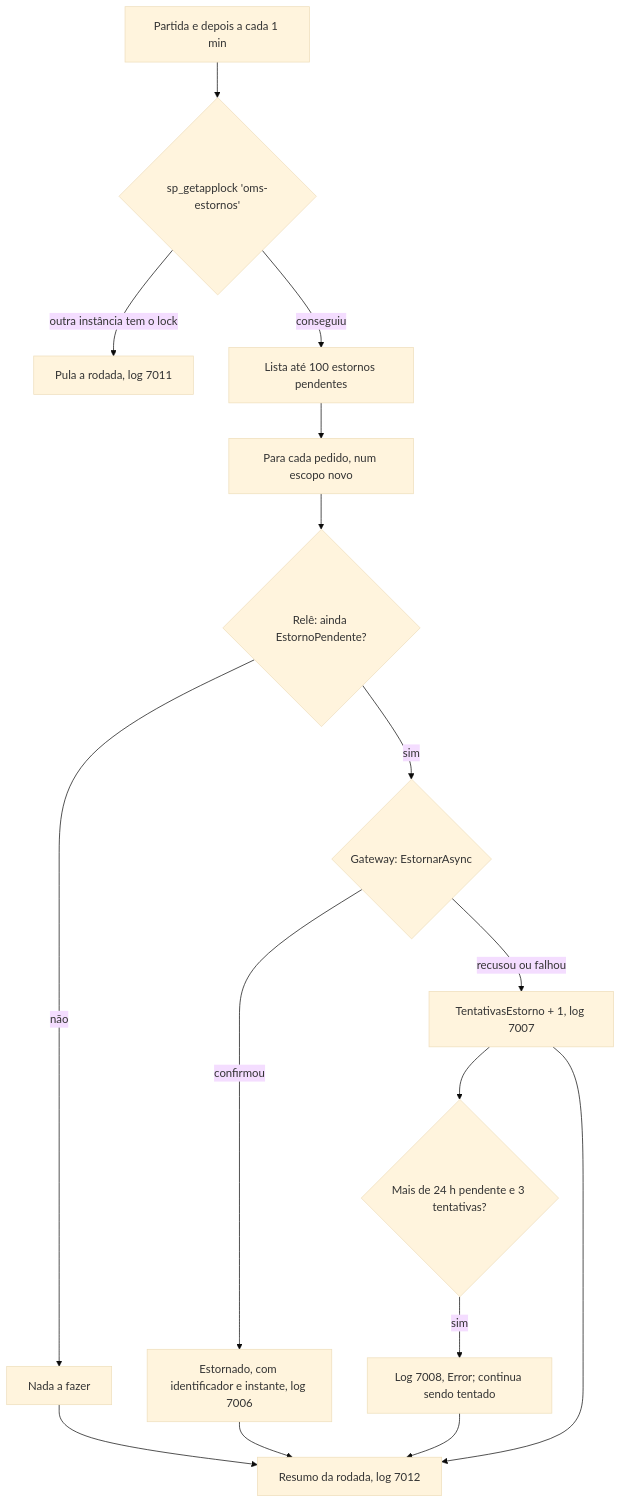
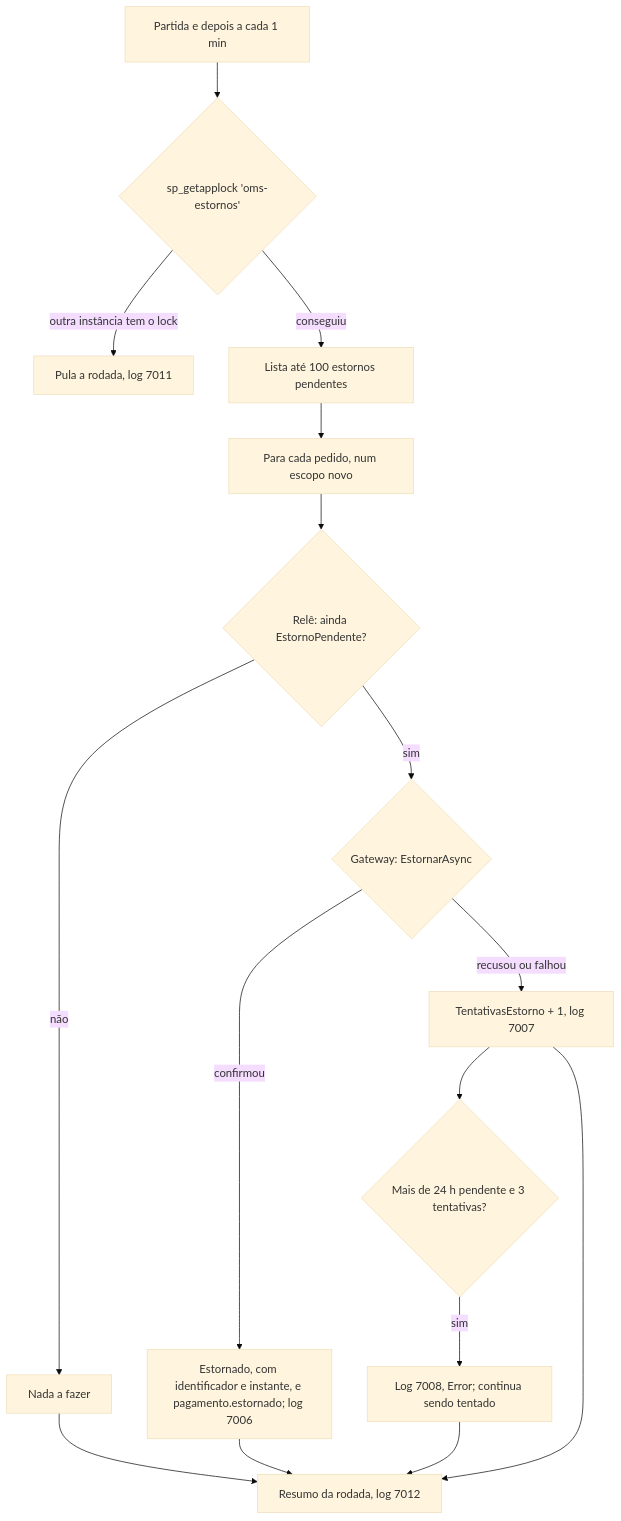
One commit to LucasFrenhan/Order-Management-System changed the second of 2 diagrams in docs/fluxos/10-estorno.md. Above: the diagram before and after it, drawn with Mermaid (base theme). The commit also changed other lines of this file and 12 other files, not shown here.

````diff
--- a/docs/fluxos/10-estorno.md
+++ b/docs/fluxos/10-estorno.md
@@ -40,15 +41,15 @@
 ```mermaid
 flowchart TD
     A[Partida e depois a cada 1 min] --> B{sp_getapplock 'oms-estornos'}
     B -- outra instância tem o lock --> Z[Pula a rodada, log 7011]
     B -- conseguiu --> C[Lista até 100 estornos pendentes]
     C --> D[Para cada pedido, num escopo novo]
     D --> E{Relê: ainda EstornoPendente?}
     E -- não --> G[Nada a fazer]
     E -- sim --> F{Gateway: EstornarAsync}
-    F -- confirmou --> H[Estornado, com identificador e instante, log 7006]
+    F -- confirmou --> H[Estornado, com identificador e instante, e pagamento.estornado; log 7006]
     F -- recusou ou falhou --> I[TentativasEstorno + 1, log 7007]
     I --> J{Mais de 24 h pendente e 3 tentativas?}
     J -- sim --> K[Log 7008, Error; continua sendo tentado]
     H & G & I & K --> L[Resumo da rodada, log 7012]
 ```
````
